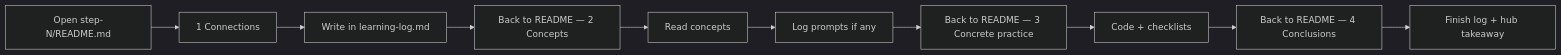
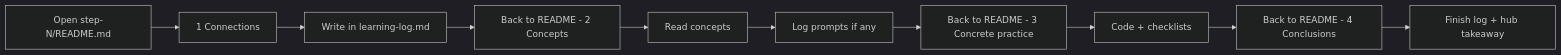
The diagram in frontend/how-to.md (BadWinniePooh/cf-js-frontend-challenge), drawn with Mermaid (dark theme) before and after one commit. The commit also changed other lines of this file and 88 other files, not shown here.

````diff
--- a/frontend/how-to.md
+++ b/frontend/how-to.md
@@ -53,12 +53,12 @@
 ```mermaid
 flowchart LR
   A[Open step-N/README.md] --> B[1 Connections]
   B --> C[Write in learning-log.md]
-  C --> D[Back to README — 2 Concepts]
+  C --> D[Back to README - 2 Concepts]
   D --> E[Read concepts]
   E --> F[Log prompts if any]
-  F --> G[Back to README — 3 Concrete practice]
+  F --> G[Back to README - 3 Concrete practice]
   G --> H[Code + checklists]
-  H --> I[Back to README — 4 Conclusions]
+  H --> I[Back to README - 4 Conclusions]
   I --> J[Finish log + hub takeaway]
 ```
````
